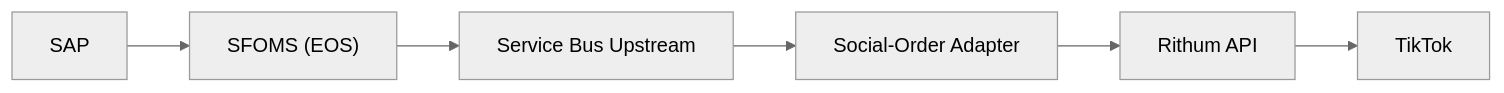
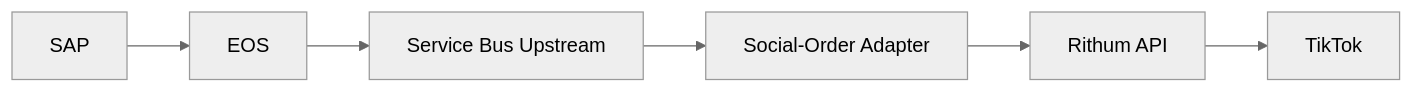
One commit to alienfacepalm/columbia-social-order-use-case changed the seventh of 10 diagrams in presentation.md. Above: the diagram before and after it, drawn with Mermaid (neutral theme). The commit also changed other lines of this file and 3 other files, not shown here.

````diff
--- a/presentation.md
+++ b/presentation.md
@@ -235,8 +268,8 @@
 ```mermaid
 flowchart LR
-    SAP["SAP"] --> SFOMS["SFOMS (EOS)"]
-    SFOMS --> SB["Service Bus Upstream"]
+    SAP["SAP"] --> EOS["EOS"]
+    EOS --> SB["Service Bus Upstream"]
     SB --> FA["Social-Order Adapter"]
     FA --> RAPI["Rithum API"]
     RAPI --> TT["TikTok"]
 ```
````
